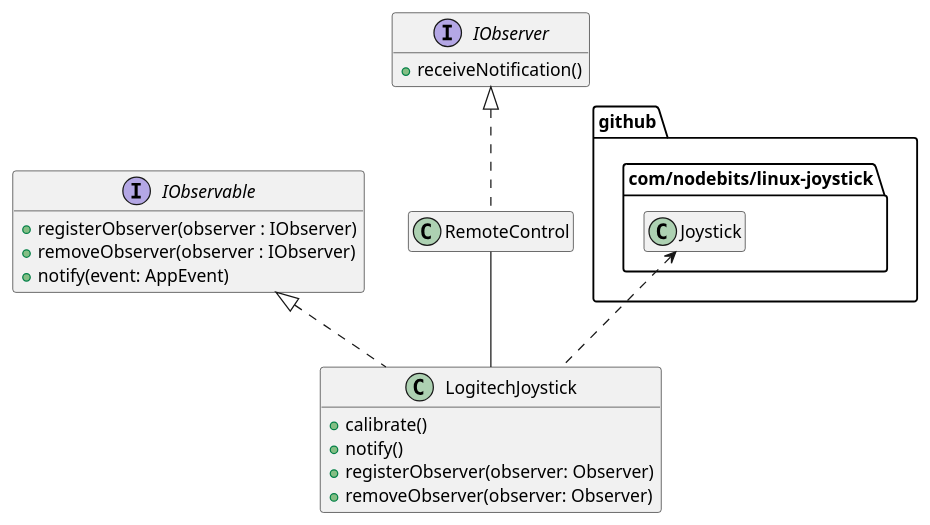
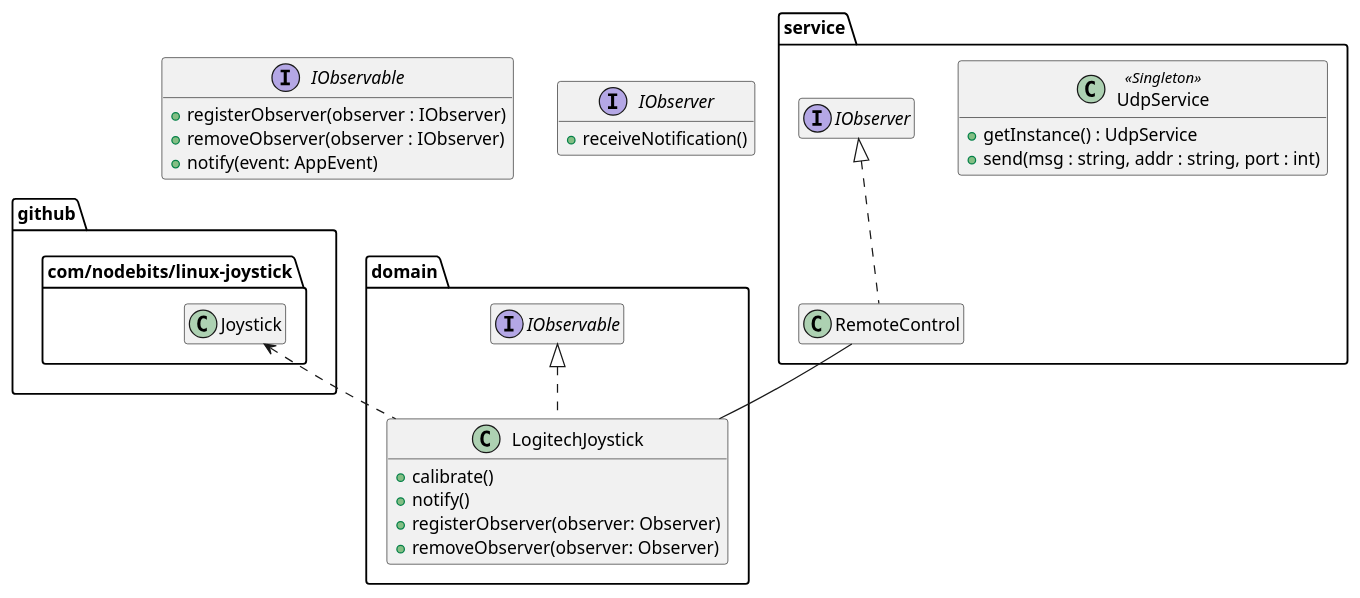
Before and after one commit to gotgot1995/tello-typescript: the diagram in uml/class_diagram.puml, drawn with PlantUML. The commit also changed 1 other file, not shown here.

Commit message:
added UdpService to class diagram

```diff
--- a/uml/class_diagram.puml
+++ b/uml/class_diagram.puml
@@ -1,34 +1,44 @@
 @startuml
 hide empty members
 
 package "github.com/nodebits/linux-joystick" {
     class Joystick
 }
 
 interface IObservable {
     + registerObserver(observer : IObserver)
     + removeObserver(observer : IObserver)
     + notify(event: AppEvent)
 }
 
 interface IObserver {
     + receiveNotification()
 }
 
 'app entities
-class LogitechJoystick implements IObservable {
-    + calibrate()
-    + notify()
-    + registerObserver(observer: Observer)
-    + removeObserver(observer: Observer)
+
+package "domain" {
+    class LogitechJoystick implements IObservable {
+        + calibrate()
+        + notify()
+        + registerObserver(observer: Observer)
+        + removeObserver(observer: Observer)
+    }
 }
 
-class RemoteControl implements IObserver {
+package "service" {
+    class UdpService <<Singleton>> {
+        + getInstance() : UdpService
+        + send(msg : string, addr : string, port : int)
+    }
 
+    class RemoteControl implements IObserver {
+
+    }
 }
 
 'relations
 Joystick <.. LogitechJoystick
 RemoteControl -- LogitechJoystick
 
 @enduml
```
